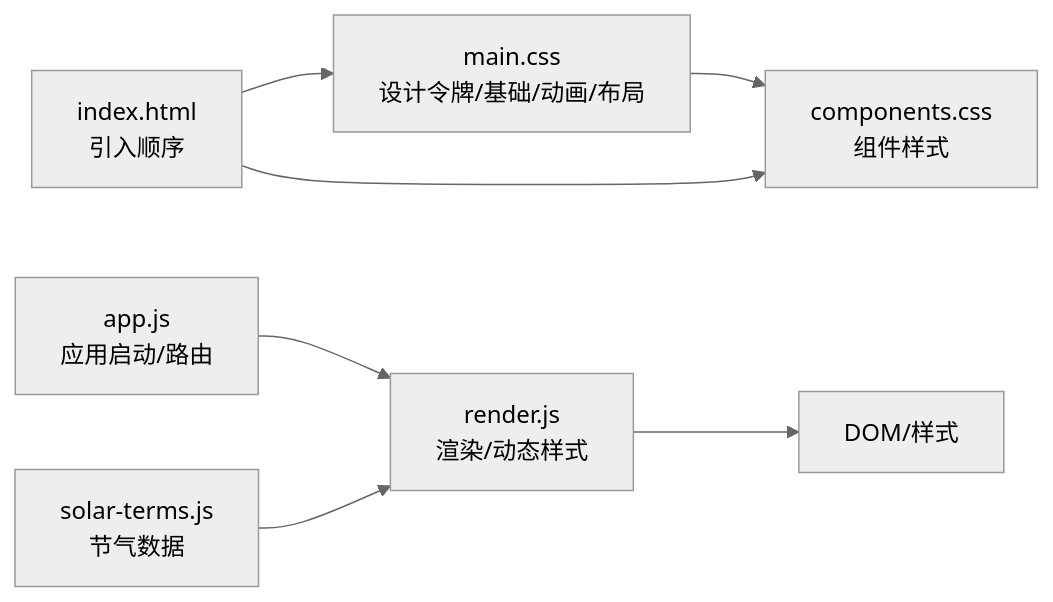
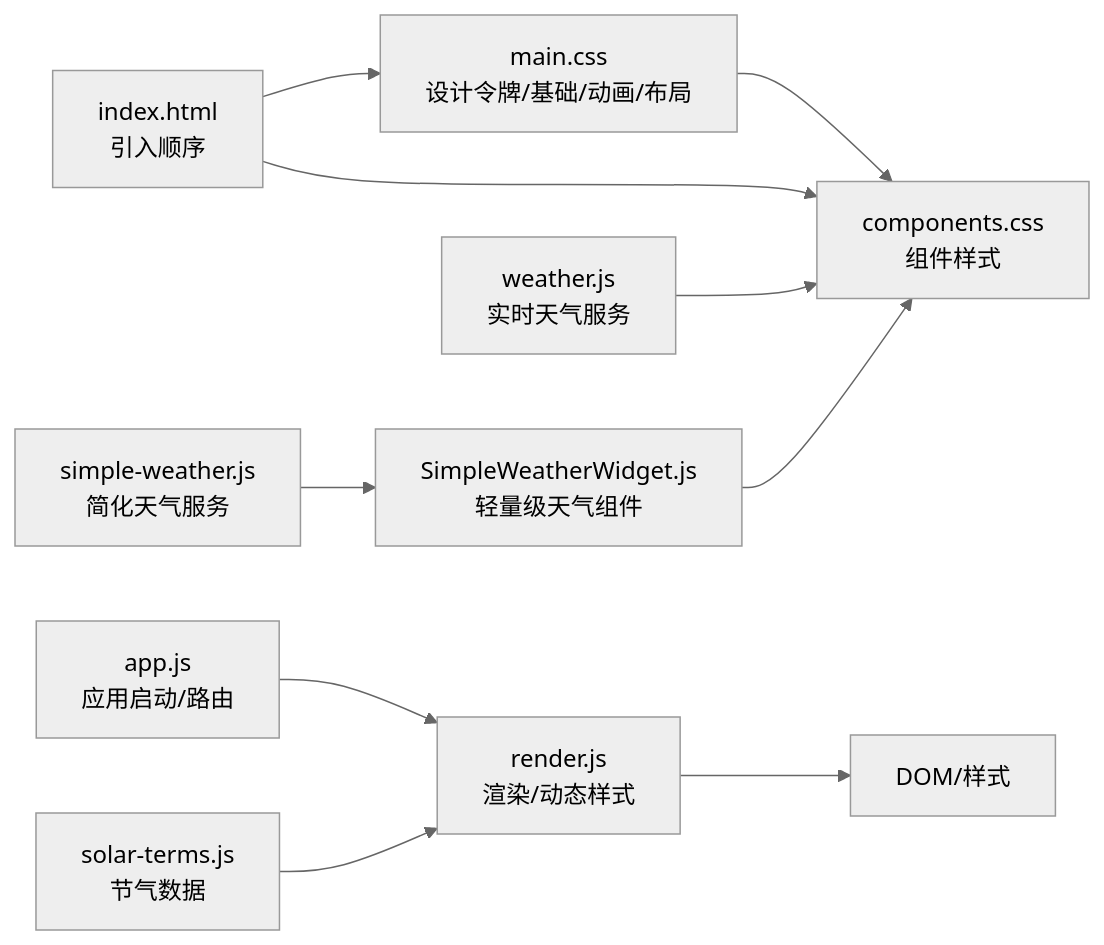
Before and after one commit to jeankeim/wuxing-fashion: the third of 3 diagrams in .qoder/repowiki/zh/content/样式系统.md, drawn with Mermaid (neutral theme). The commit also changed other lines of this file and 27 other files, not shown here.

````diff
--- a/.qoder/repowiki/zh/content/样式系统.md
+++ b/.qoder/repowiki/zh/content/样式系统.md
@@ -261,9 +371,12 @@
 ```mermaid
 graph LR
 M["main.css<br/>设计令牌/基础/动画/布局"] --> C["components.css<br/>组件样式"]
 I["index.html<br/>引入顺序"] --> M
 I --> C
 A["app.js<br/>应用启动/路由"] --> R["render.js<br/>渲染/动态样式"]
 S["solar-terms.js<br/>节气数据"] --> R
+SW["simple-weather.js<br/>简化天气服务"] --> SWC["SimpleWeatherWidget.js<br/>轻量级天气组件"]
+W["weather.js<br/>实时天气服务"] --> C
 R --> DOM["DOM/样式"]
+SWC --> C
 ```
````
